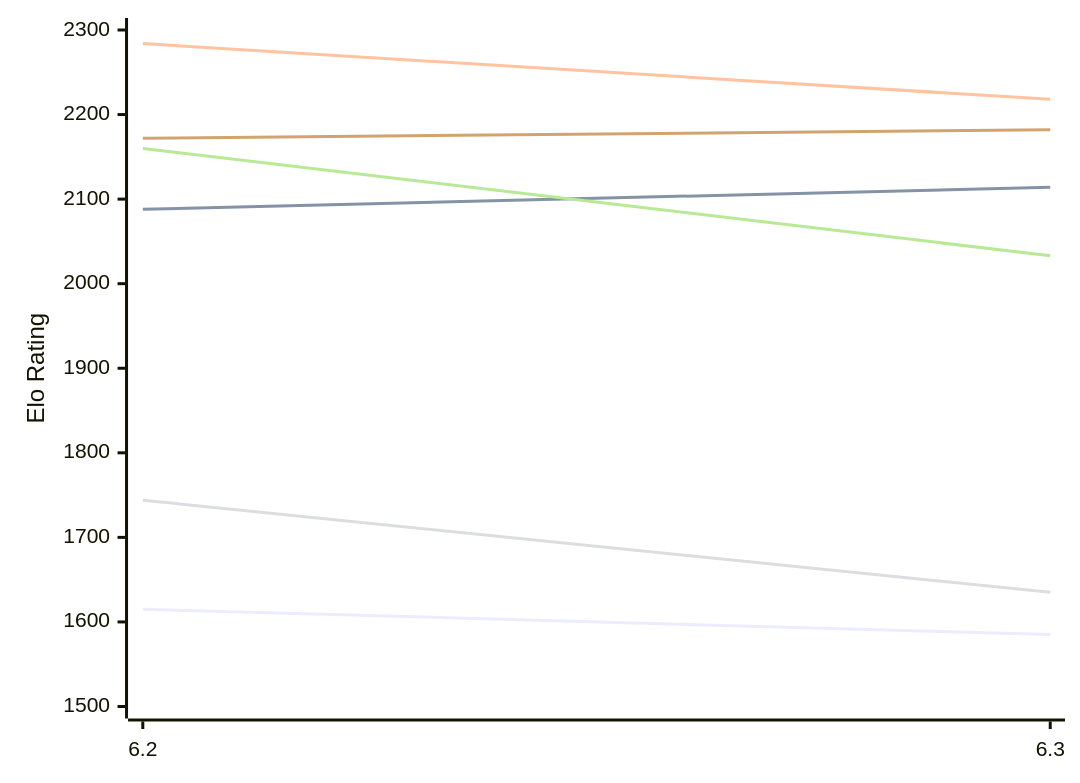
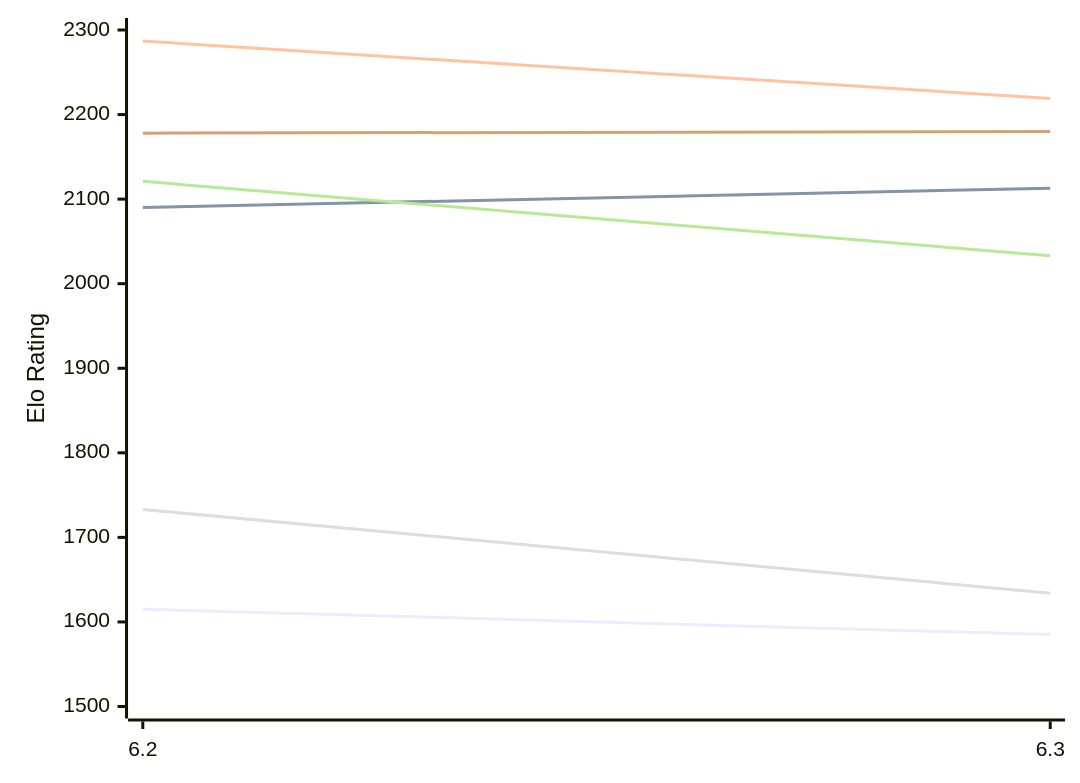
The first of 2 diagrams in engines/chess4j.md (computer-chess-index/cci), drawn with Mermaid before and after one commit. The commit also changed other lines of this file, not shown here.

Commit message:
Update CCI Ratings (ELO VLTC) - 2026-11-20

````diff
--- a/engines/chess4j.md
+++ b/engines/chess4j.md
@@ -50,12 +50,12 @@
 ```mermaid
 %%{init: {"theme":"base","themeVariables":{"seriesColors:['#a3a3a3','#222221','#faa371']}}}%%
 xychart-beta
   x-axis ["6.2", "6.3"]
   y-axis "Elo Rating" 1500 --> 2300
   line "E1: STC (8.0+0.08s)" [1615, 1585]
-  line "E1: LTC (60.0+0.60s)" [2088, 2114]
-  line "E1: VLTC (2m24s+1.12s)" [2284, 2218]
-  line "P1: STC (8.0+0.08s)" [1744, 1635]
-  line "P1: LTC (60.0+0.60s)" [2160, 2033]
-  line "P1: VLTC (2m24s+1.12s)" [2172, 2182]
+  line "E1: LTC (60.0+0.60s)" [2090, 2113]
+  line "E1: VLTC (2m24s+1.12s)" [2287, 2219]
+  line "P1: STC (8.0+0.08s)" [1733, 1634]
+  line "P1: LTC (60.0+0.60s)" [2121, 2033]
+  line "P1: VLTC (2m24s+1.12s)" [2178, 2180]
 ```
````
